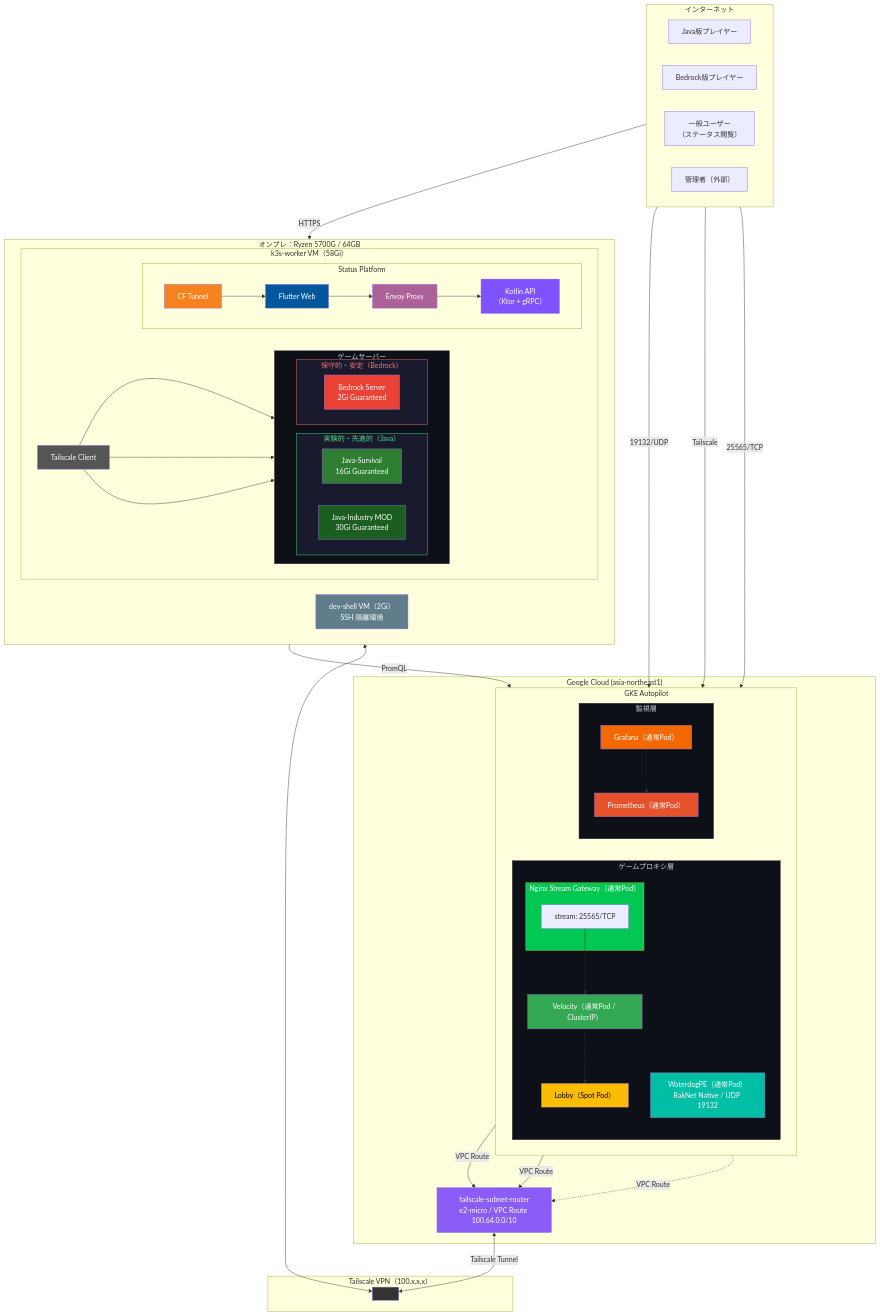
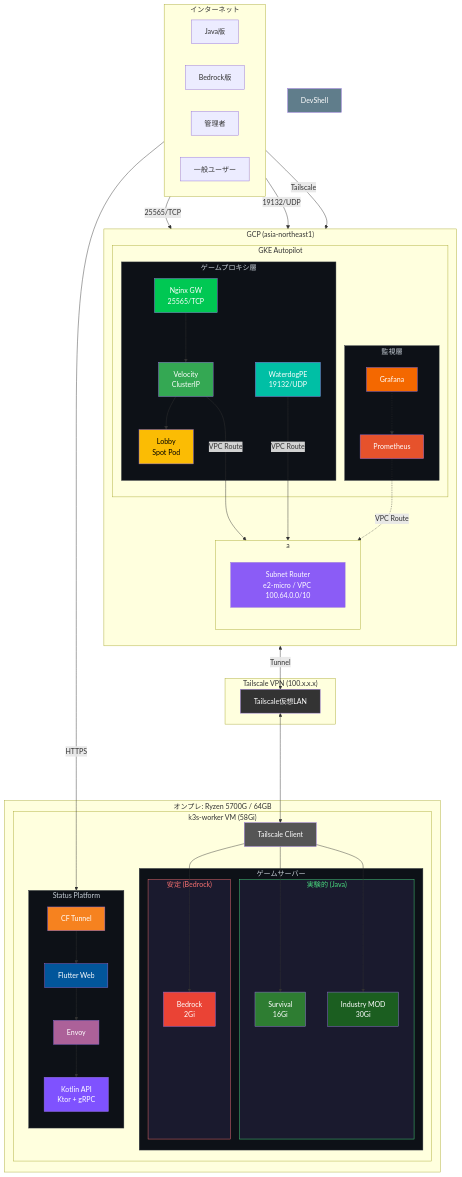
Before and after one commit to Tagomori0211/Minecraft-on-Kubenates: the diagram in architecture/infrastructure.mermaid, drawn with Mermaid. The commit also changed 1 other file, not shown here.

Commit message:
readme and infra mermaid fix

```diff
--- a/architecture/infrastructure.mermaid
+++ b/architecture/infrastructure.mermaid
@@ -1,115 +1,113 @@
-graph TB
+flowchart TB
     subgraph Internet["インターネット"]
         direction LR
-        Player_Java["Java版プレイヤー"]
-        Player_Bedrock["Bedrock版プレイヤー"]
-        User["一般ユーザー<br/>（ステータス閲覧）"]
-        Admin["管理者（外部）"]
+        Player_Java["Java版"]
+        Player_Bedrock["Bedrock版"]
+        Admin["管理者"]
+        User["一般ユーザー"]
     end
 
-    subgraph GCP["Google Cloud (asia-northeast1)"]
+    subgraph GCP["GCP (asia-northeast1)"]
+        direction TB
+        
         subgraph GKE["GKE Autopilot"]
-            direction LR
+            subgraph MonPods["監視層"]
+                Prometheus["Prometheus"]
+                Grafana["Grafana"]
+            end
             subgraph GamePods["ゲームプロキシ層"]
+                GW["Nginx GW<br/>25565/TCP"]
+                WaterdogPE["WaterdogPE<br/>19132/UDP"]
+                Velocity["Velocity<br/>ClusterIP"]
+                Lobby["Lobby<br/>Spot Pod"]
+            end
+            
+        end
+        subgraph transform01["a"]
+        direction TB
+            SubnetRouter["Subnet Router<br/>e2-micro / VPC 100.64.0.0/10"]
+        end
+    end
+
+    subgraph TS["Tailscale VPN (100.x.x.x)"]
+        TS_Net["Tailscale仮想LAN"]
+    end
+
+    subgraph Onprem["オンプレ: Ryzen 5700G / 64GB"]
+        subgraph Worker["k3s-worker VM (58Gi)"]
+            TS_K3s["Tailscale Client"]
+            subgraph GameServers["ゲームサーバー"]
+                subgraph Experimental["実験的 (Java)"]
+                    Java_Survival["Survival<br/>16Gi"]
+                    Java_Industry["Industry MOD<br/>30Gi"]
+                end
+                subgraph Conservative["安定 (Bedrock)"]
+                    Bedrock["Bedrock<br/>2Gi"]
+                end
+            end
+            subgraph SP["Status Platform"]
                 direction TB
-                subgraph GW["Nginx Stream Gateway（通常Pod）"]
-                    Nginx_TCP["stream: 25565/TCP"]
-                end
-                WaterdogPE["WaterdogPE（通常Pod）<br/>RakNet Native / UDP 19132"]
-                Velocity["Velocity（通常Pod / ClusterIP）"]
-                Lobby["Lobby（Spot Pod）"]
-            end
-
-            subgraph MonPods["監視層"]
-                direction TB
-                Prometheus["Prometheus（通常Pod）"]
-                Grafana["Grafana（通常Pod）"]
+                CF_Tunnel["CF Tunnel"]
+                Flutter["Flutter Web"]
+                Envoy["Envoy"]
+                Kotlin["Kotlin API<br/>Ktor + gRPC"]
             end
         end
-
-        SubnetRouter["tailscale-subnet-router<br/>e2-micro / VPC Route 100.64.0.0/10"]
+        
     end
 
-    subgraph TS["Tailscale VPN（100.x.x.x）"]
-        TS_Network[" "]
-    end
-
-    subgraph Onprem["オンプレ：Ryzen 5700G / 64GB"]
-        direction LR
-        subgraph Worker["k3s-worker VM（58Gi）"]
-            TS_K3s["Tailscale Client"]
-
-            subgraph GameServers["ゲームサーバー"]
-                direction LR
-                subgraph Experimental["実験的・先進的（Java）"]
-                    Java_Survival["Java-Survival<br/>16Gi Guaranteed"]
-                    Java_Industry["Java-Industry MOD<br/>30Gi Guaranteed"]
-                end
-                subgraph Conservative["保守的・安定（Bedrock）"]
-                    Bedrock_Server["Bedrock Server<br/>2Gi Guaranteed"]
-                end
-            end
-
-            subgraph NS_SP["Status Platform"]
-                direction LR
-                Kotlin_API["Kotlin API<br/>（Ktor + gRPC）"]
-                Flutter_Web["Flutter Web"]
-                Envoy["Envoy Proxy"]
-                CF_Tunnel["CF Tunnel"]
-            end
-        end
-
-        DevShell["dev-shell VM（2Gi）<br/>SSH 隔離環境"]
-    end
-
-    %% === ゲームトラフィック（実線） ===
+    %% === ゲームトラフィック ===
     Player_Java -->|"25565/TCP"| GW
     Player_Bedrock -->|"19132/UDP"| WaterdogPE
-    Nginx_TCP --> Velocity
+    GW --> Velocity
     Velocity --> Lobby
 
-    %% === VPC → Subnet Router → Tailscale → オンプレ ===
-    Velocity -->|VPC Route| SubnetRouter
-    WaterdogPE -->|VPC Route| SubnetRouter
-    SubnetRouter <-->|Tailscale Tunnel| TS_Network
-    TS_Network <--> TS_K3s
+    %% === GKE → Tailscale → オンプレ ===
+    Velocity --->|"VPC Route"| SubnetRouter
+    WaterdogPE --->|"VPC Route"| SubnetRouter
+    TS_Net <--> TS_K3s
     TS_K3s --> Java_Survival
     TS_K3s --> Java_Industry
-    TS_K3s --> Bedrock_Server
+    TS_K3s --> Bedrock
+    
+    SubnetRouter <-->|"Tunnel"| TS_Net
+    %% === Status Platform ===
+    User ------->|"HTTPS"| CF_Tunnel
+    direction TB
+    CF_Tunnel --> Flutter
+    Flutter --> Envoy
+    Envoy --> Kotlin
 
-    %% === Status Platform（右側フロー） ===
-    User -->|HTTPS| CF_Tunnel
-    CF_Tunnel --> Flutter_Web
-    Flutter_Web --> Envoy
-    Envoy --> Kotlin_API
-    Kotlin_API -->|PromQL| Prometheus
+    
 
-    %% === 管理者 ===
-    Admin -->|Tailscale| Grafana
+    %% === 管理者・監視 ===
+    Admin -->|"Tailscale"| Grafana
+    Grafana -.-> Prometheus
+    Prometheus -.->|"VPC Route"| SubnetRouter
 
-    %% === 監視（点線で視覚分離） ===
-    Prometheus -.->|VPC Route| SubnetRouter
-    Grafana -.-> Prometheus
+    
 
+    %% === スタイル ===
     style GW fill:#00C853,color:#fff
     style WaterdogPE fill:#00BFA5,color:#fff
     style Velocity fill:#34a853,color:#fff
     style Lobby fill:#fbbc04,color:#000
-    style Bedrock_Server fill:#ea4335,color:#fff
+    style Prometheus fill:#e6522c,color:#fff
+    style Grafana fill:#f46800,color:#fff
+    style SubnetRouter fill:#8B5CF6,color:#fff
+    style TS_Net fill:#333,color:#fff
+    style TS_K3s fill:#555,color:#fff
     style Java_Survival fill:#2E7D32,color:#fff
     style Java_Industry fill:#1B5E20,color:#fff
-    style Prometheus fill:#e6522c,color:#fff
-    style Grafana fill:#f46800,color:#fff
-    style Kotlin_API fill:#7F52FF,color:#fff
-    style Flutter_Web fill:#02569B,color:#fff
+    style Bedrock fill:#ea4335,color:#fff
     style CF_Tunnel fill:#F6821F,color:#fff
+    style Flutter fill:#02569B,color:#fff
     style Envoy fill:#AC6199,color:#fff
-    style SubnetRouter fill:#8B5CF6,color:#fff
-    style TS_K3s fill:#555,color:#fff
-    style TS_Network fill:#333,color:#fff
+    style Kotlin fill:#7F52FF,color:#fff
     style DevShell fill:#607D8B,color:#fff
-    style Experimental fill:#1a1a2e,color:#4ade80,stroke:#4ade80
-    style Conservative fill:#1a1a2e,color:#f87171,stroke:#f87171
     style GamePods fill:#0d1117,color:#c9d1d9,stroke:#30363d
     style MonPods fill:#0d1117,color:#c9d1d9,stroke:#30363d
     style GameServers fill:#0d1117,color:#c9d1d9,stroke:#30363d
+    style Experimental fill:#1a1a2e,color:#4ade80,stroke:#4ade80
+    style Conservative fill:#1a1a2e,color:#f87171,stroke:#f87171
+    style SP fill:#0d1117,color:#c9d1d9,stroke:#30363d
```
